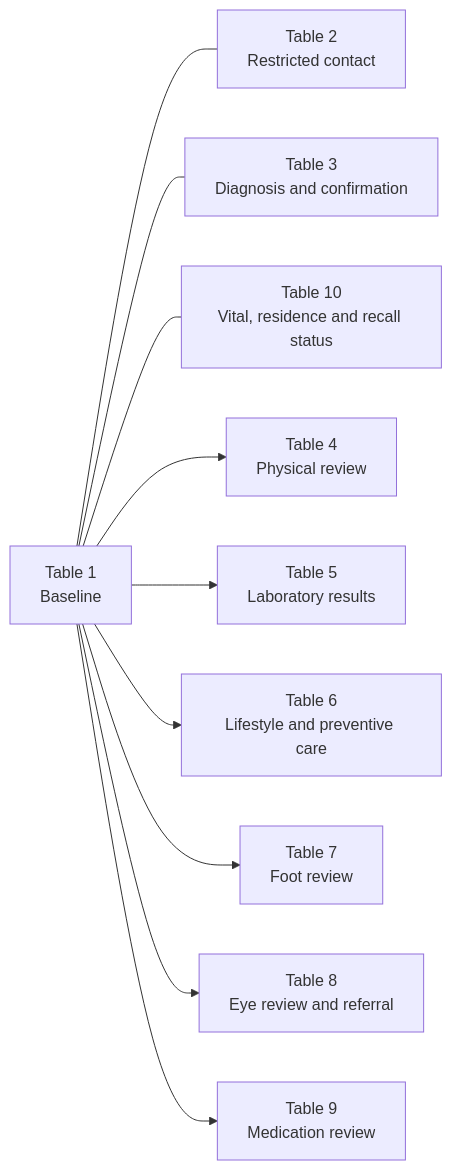
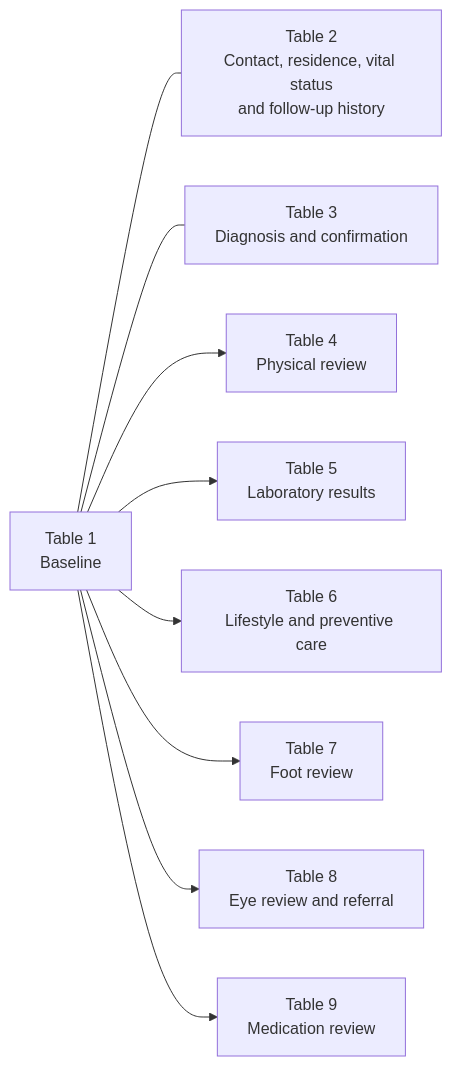
Before and after one commit to sh-publichealth/info-hub: the diagram in site/our-work/registry/registry-overview-and-design.qmd, drawn with Mermaid. The commit also changed other lines of this file and 5 other files, not shown here.

````diff
--- a/site/our-work/registry/registry-overview-and-design.qmd
+++ b/site/our-work/registry/registry-overview-and-design.qmd
@@ -44,24 +44,22 @@
 ```{mermaid}
 flowchart LR
   T1["Table 1<br/>Baseline"]
 
-  T2["Table 2<br/>Restricted contact"]
+  T2["Table 2<br/>Contact, residence, vital status<br/>and follow-up history"]
   T3["Table 3<br/>Diagnosis and confirmation"]
-  T10["Table 10<br/>Vital, residence and recall status"]
   T4["Table 4<br/>Physical review"]
   T5["Table 5<br/>Laboratory results"]
   T6["Table 6<br/>Lifestyle and preventive care"]
   T7["Table 7<br/>Foot review"]
   T8["Table 8<br/>Eye review and referral"]
   T9["Table 9<br/>Medication review"]
 
   T1 --- T2
   T1 --- T3
-  T1 --- T10
   T1 --> T4
   T1 --> T5
   T1 --> T6
   T1 --> T7
   T1 --> T8
   T1 --> T9
 ```
````
